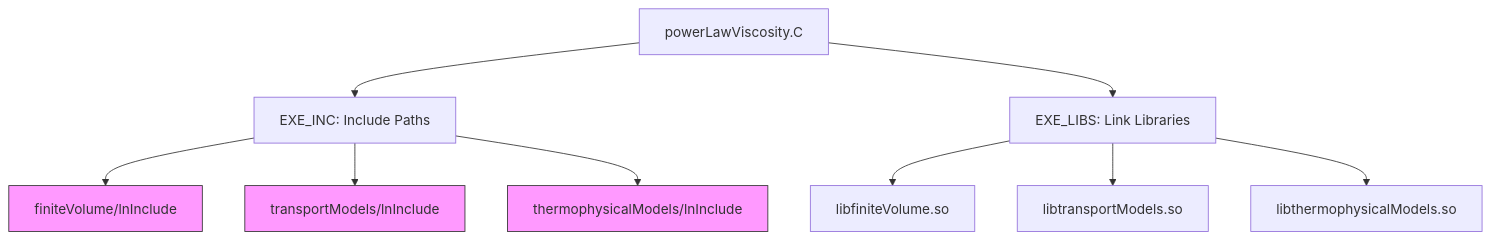
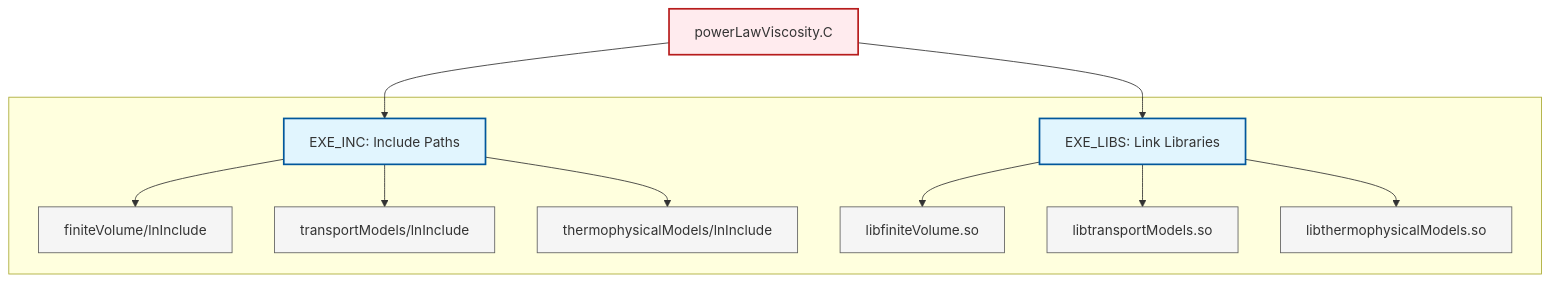
Before and after one commit to wramet/build-my-cfd: the diagram in MODULE_09_ADVANCED_TOPICS/CONTENT/07_PRACTICAL_PROJECT/03_Folder_and_File_Organization.md, drawn with Mermaid. The commit also changed 313 other files, not shown here.

Commit message:
Revise all diagram

````diff
--- a/MODULE_09_ADVANCED_TOPICS/CONTENT/07_PRACTICAL_PROJECT/03_Folder_and_File_Organization.md
+++ b/MODULE_09_ADVANCED_TOPICS/CONTENT/07_PRACTICAL_PROJECT/03_Folder_and_File_Organization.md
@@ -46,17 +46,24 @@
 ```mermaid
 graph TD
-    A[powerLawViscosity.C] --> B[EXE_INC: Include Paths]
-    A --> C[EXE_LIBS: Link Libraries]
-
-    B --> B1[finiteVolume/lnInclude]
-    B --> B2[transportModels/lnInclude]
-    B --> B3[thermophysicalModels/lnInclude]
-
-    C --> C1[libfiniteVolume.so]
-    C --> C2[libtransportModels.so]
-    C --> C3[libthermophysicalModels.so]
-
-    style B1 fill:#f9f,stroke:#333
-    style B2 fill:#f9f,stroke:#333
-    style B3 fill:#f9f,stroke:#333
+    classDef implicit fill:#e1f5fe,stroke:#01579b,stroke-width:2px
+    classDef explicit fill:#ffebee,stroke:#b71c1c,stroke-width:2px
+    classDef context fill:#f5f5f5,stroke:#616161,stroke-width:1px
+    
+    A[powerLawViscosity.C]:::explicit
+    
+    subgraph Dependencies[" "]
+        B[EXE_INC: Include Paths]:::implicit
+        C[EXE_LIBS: Link Libraries]:::implicit
+        
+        B --> B1[finiteVolume/lnInclude]:::context
+        B --> B2[transportModels/lnInclude]:::context
+        B --> B3[thermophysicalModels/lnInclude]:::context
+        
+        C --> C1[libfiniteVolume.so]:::context
+        C --> C2[libtransportModels.so]:::context
+        C --> C3[libthermophysicalModels.so]:::context
+    end
+    
+    A --> B
+    A --> C
 ```
````
